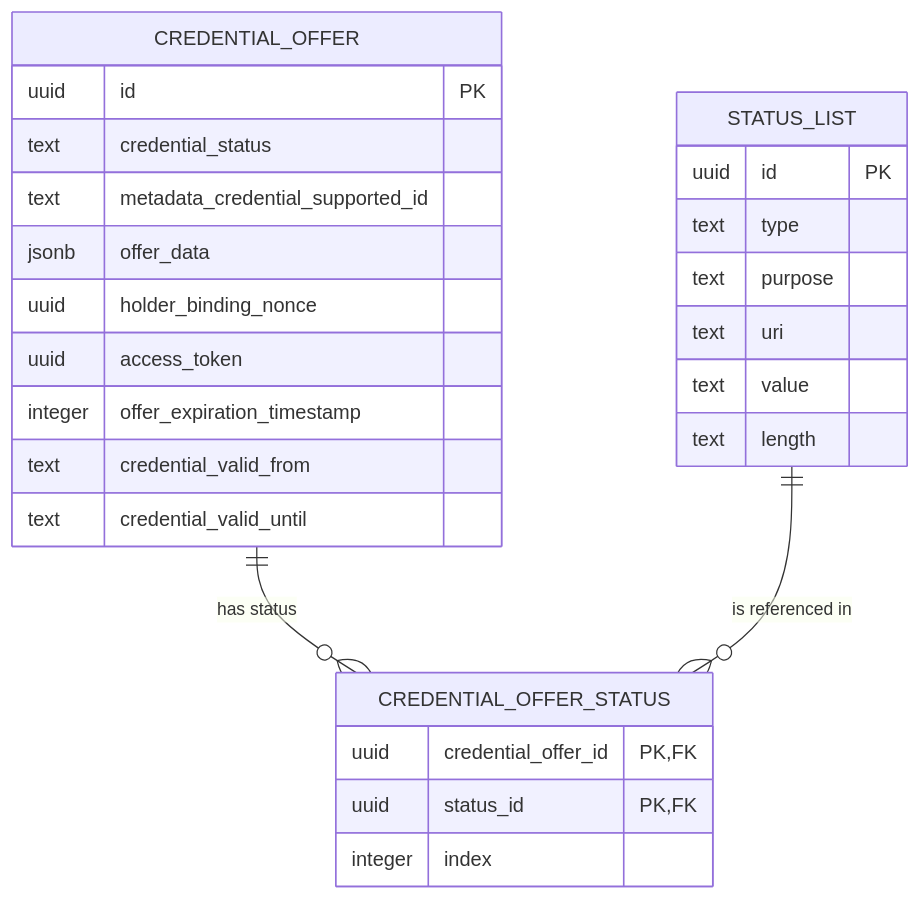
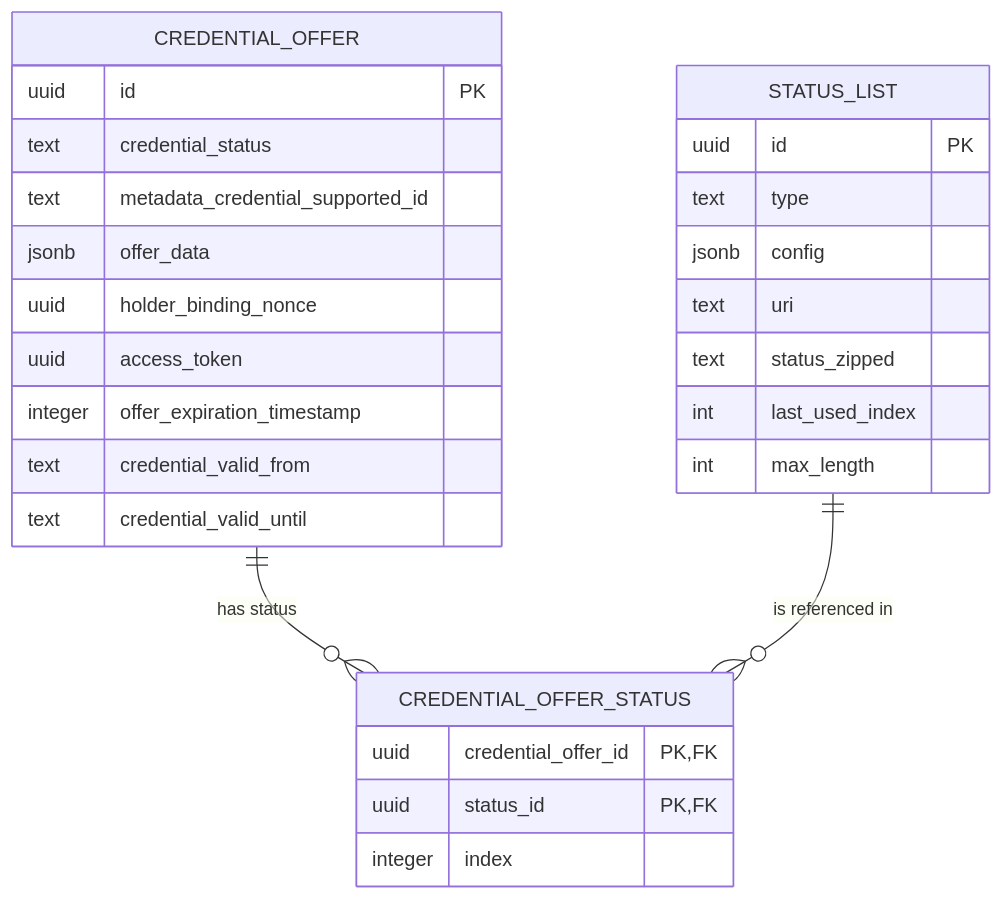
One commit to swiyu-admin-ch/swiyu-issuer changed the second of 3 diagrams in README.md. Above: the diagram before and after it, drawn with Mermaid. The commit also changed other lines of this file, not shown here.

Commit message:
Document new Status List properties

````diff
--- a/README.md
+++ b/README.md
@@ -59,32 +68,33 @@
 ```mermaid
 erDiagram
     CREDENTIAL_OFFER {
         uuid id PK
         text credential_status
         text metadata_credential_supported_id
         jsonb offer_data
         uuid holder_binding_nonce
         uuid access_token
         integer offer_expiration_timestamp
         text credential_valid_from
         text credential_valid_until
     }
 
     CREDENTIAL_OFFER_STATUS {
         uuid credential_offer_id PK, FK
         uuid status_id PK, FK
         integer index
     }
 
     STATUS_LIST {
         uuid id PK
         text type
-        text purpose
+        jsonb config
         text uri
-        text value
-        text length
+        text status_zipped
+        int last_used_index
+        int max_length
     }
 
     CREDENTIAL_OFFER one to many CREDENTIAL_OFFER_STATUS: "has status"
     STATUS_LIST one to many CREDENTIAL_OFFER_STATUS: "is referenced in"
 ```
````
